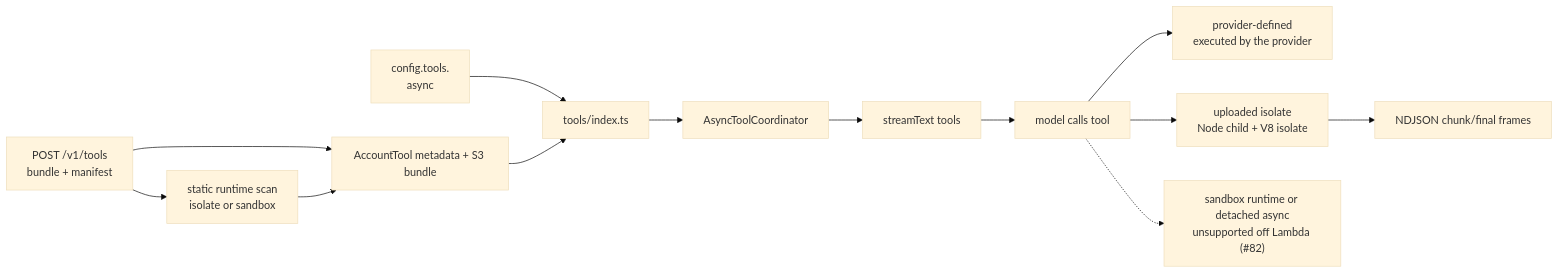
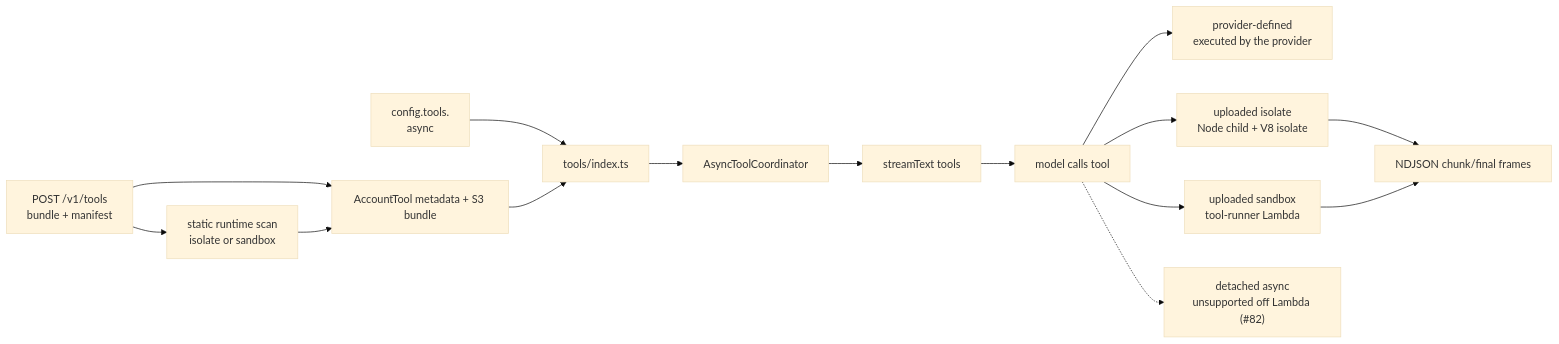
One commit to beeblastco/broods changed the first of 3 diagrams in apps/docs/docs/tools.md. Above: the diagram before and after it, drawn with Mermaid (base theme). The commit also changed other lines of this file and 13 other files, not shown here.

````diff
--- a/apps/docs/docs/tools.md
+++ b/apps/docs/docs/tools.md
@@ -12,15 +12,17 @@
 ```mermaid
 flowchart LR
   Upload["POST /v1/tools<br/>bundle + manifest"] --> Store["AccountTool metadata + S3 bundle"]
   Upload --> Scan["static runtime scan<br/>isolate or sandbox"]
   Scan --> Store
   Config["config.tools.<name or toolId><br/>async"] --> Registry["tools/index.ts"]
   Store --> Registry
   Registry --> Wrap["AsyncToolCoordinator"]
   Wrap --> Model["streamText tools"]
   Model --> Call["model calls tool"]
   Call --> Provider["provider-defined<br/>executed by the provider"]
   Call --> Uploaded["uploaded isolate<br/>Node child + V8 isolate"]
+  Call --> Sandbox["uploaded sandbox<br/>tool-runner Lambda"]
   Uploaded --> Frames["NDJSON chunk/final frames"]
-  Call -.-> Deferred["sandbox runtime or detached async<br/>unsupported off Lambda (#82)"]
+  Sandbox --> Frames
+  Call -.-> Deferred["detached async<br/>unsupported off Lambda (#82)"]
 ```
````
